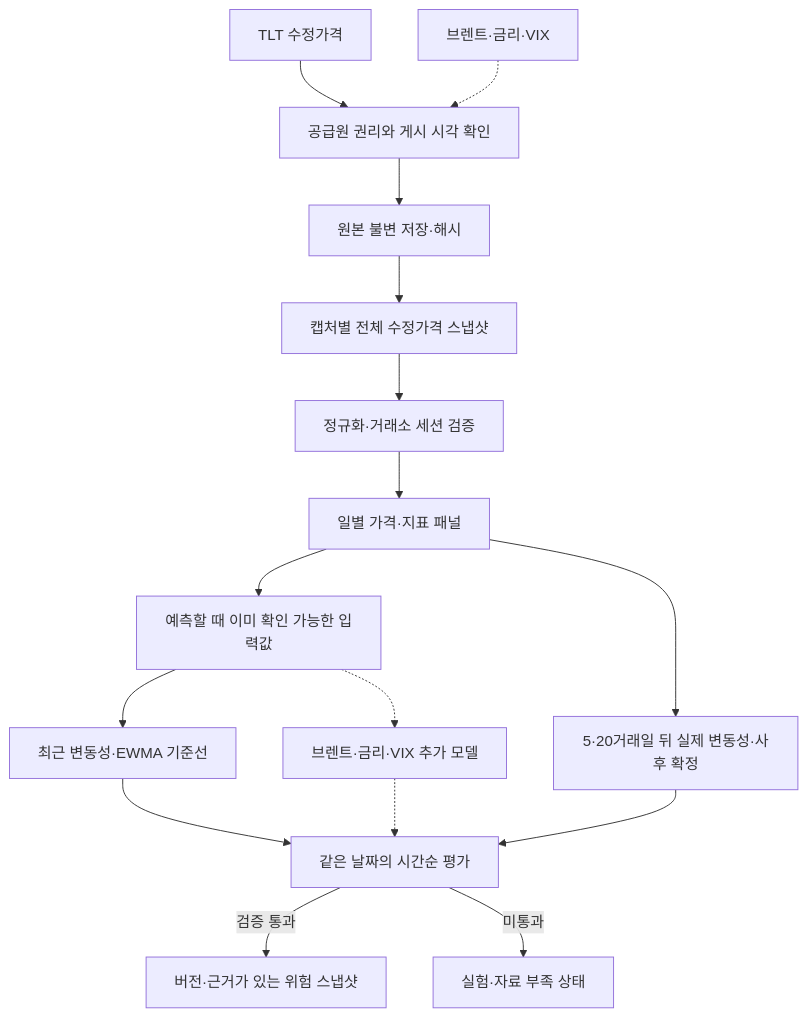
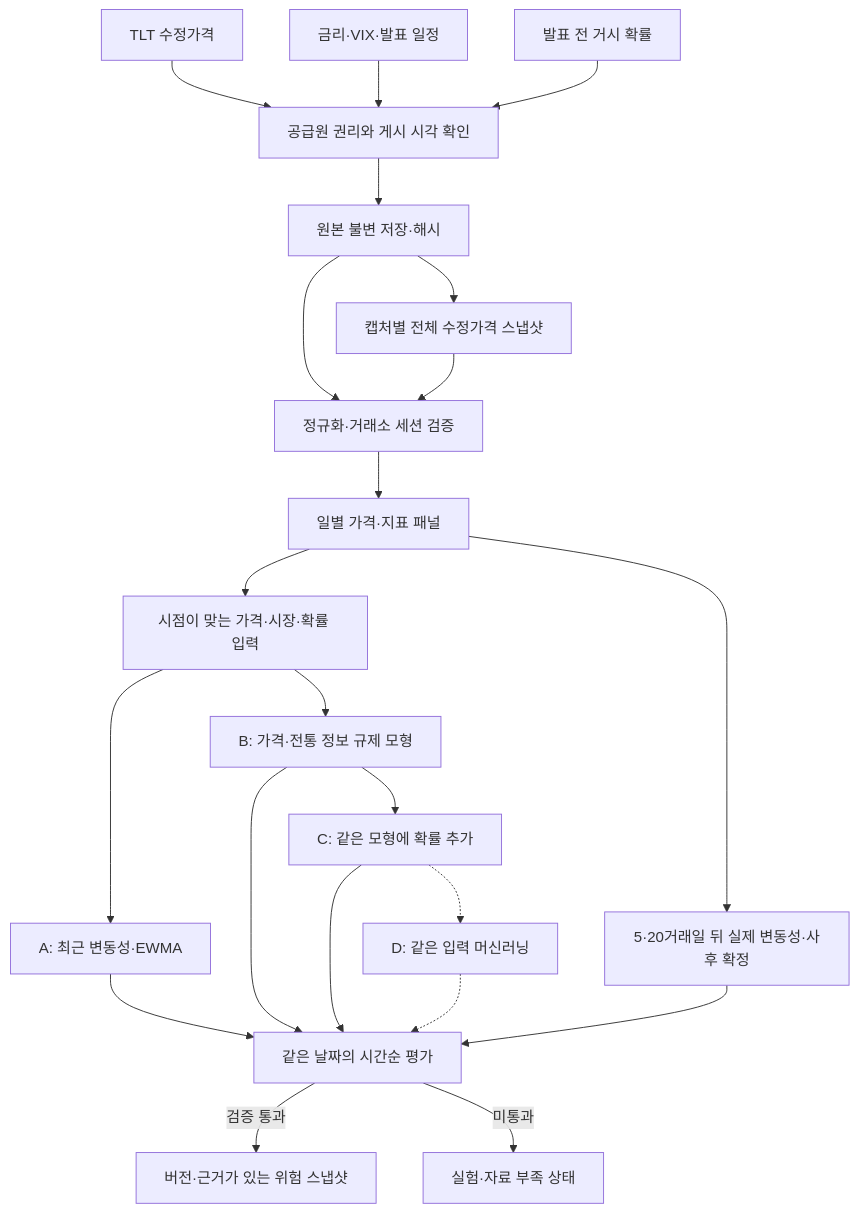
One commit to AnDev77/ShockGarph_AI changed the first of 2 diagrams in docs/project-flow.md. Above: the diagram before and after it, drawn with Mermaid. The commit also changed other lines of this file and 12 other files, not shown here.

````diff
--- a/docs/project-flow.md
+++ b/docs/project-flow.md
@@ -33,18 +11,24 @@
 ```mermaid
 flowchart TB
     T["TLT 수정가격"] --> G["공급원 권리와 게시 시각 확인"]
-    X["브렌트·금리·VIX"] -.-> G
+    X["금리·VIX·발표 일정"] --> G
+    K["발표 전 거시 확률"] --> G
     G --> R["원본 불변 저장·해시"]
     R --> V["캡처별 전체 수정가격 스냅샷"]
+    R --> N
     V --> N["정규화·거래소 세션 검증"]
     N --> D["일별 가격·지표 패널"]
-    D --> I["예측할 때 이미 확인 가능한 입력값"]
+    D --> I["시점이 맞는 가격·시장·확률 입력"]
     D --> Y["5·20거래일 뒤 실제 변동성·사후 확정"]
-    I --> B["최근 변동성·EWMA 기준선"]
-    I -.-> M["브렌트·금리·VIX 추가 모델"]
+    I --> B["A: 최근 변동성·EWMA"]
+    I --> M["B: 가격·전통 정보 규제 모형"]
+    M --> P["C: 같은 모형에 확률 추가"]
+    P -.-> ML["D: 같은 입력 머신러닝"]
     B --> E["같은 날짜의 시간순 평가"]
-    M -.-> E
+    M --> E
+    P --> E
+    ML -.-> E
     Y --> E
     E -->|검증 통과| S["버전·근거가 있는 위험 스냅샷"]
     E -->|미통과| U["실험·자료 부족 상태"]
 ```
````
